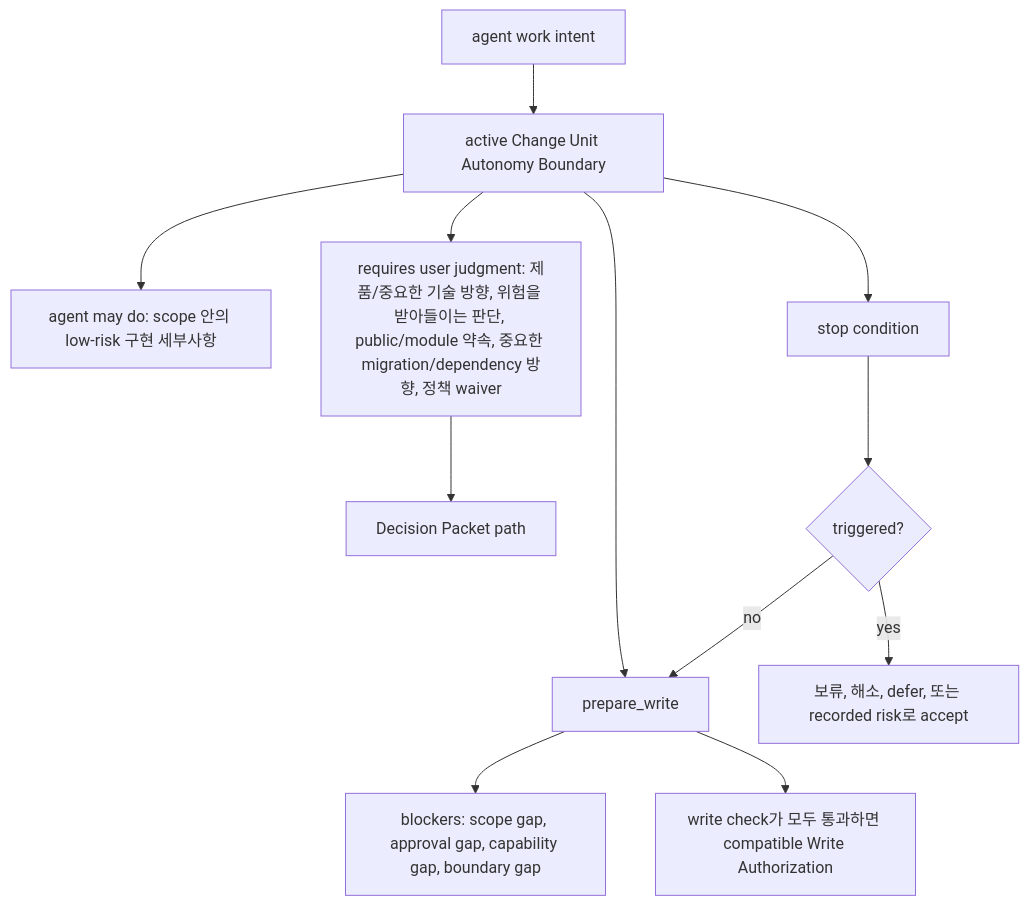
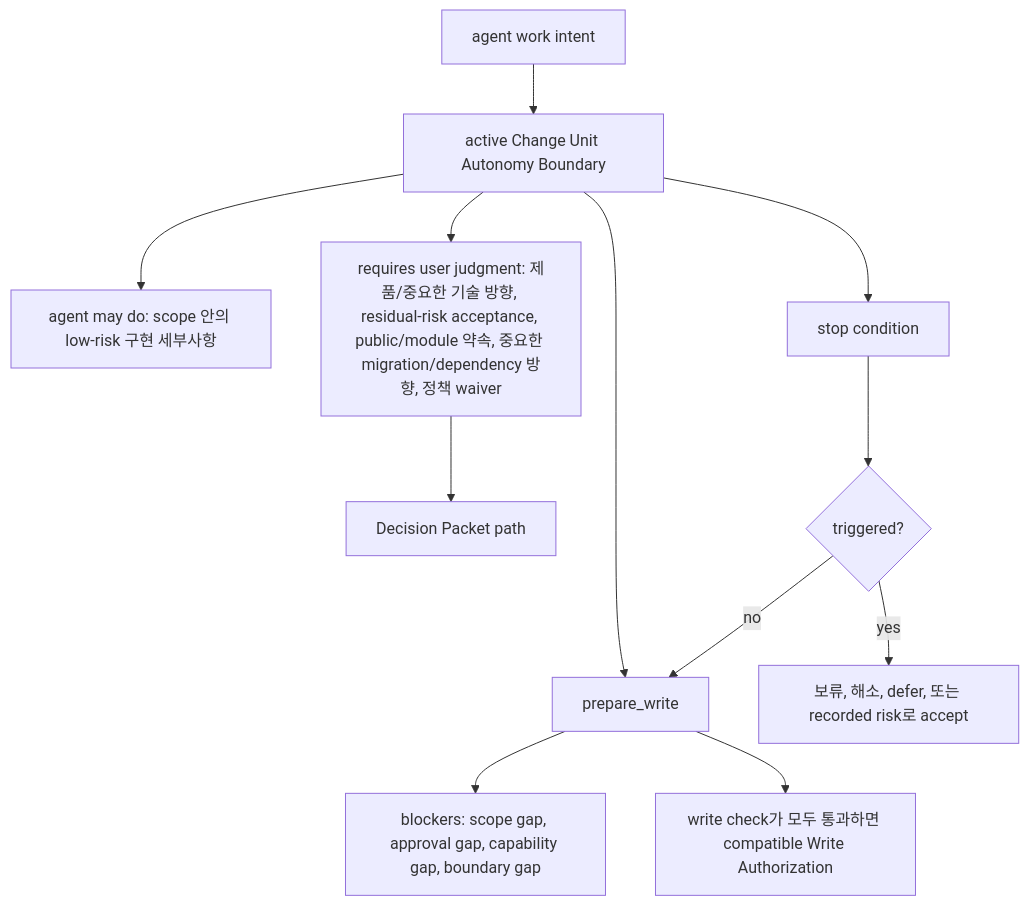
One commit to minjungw00/Volicord changed the first of 2 diagrams in docs/ko/reference/design-quality-policies.md. Above: the diagram before and after it, drawn with Mermaid. The commit also changed other lines of this file and 9 other files, not shown here.

````diff
--- a/docs/ko/reference/design-quality-policies.md
+++ b/docs/ko/reference/design-quality-policies.md
@@ -215,15 +217,15 @@
 ```mermaid
 flowchart TD
   Intent["agent work intent"] --> Boundary["active Change Unit Autonomy Boundary"]
   Boundary --> MayDo["agent may do: scope 안의 low-risk 구현 세부사항"]
-  Boundary --> UserJudgment["requires user judgment: 제품/중요한 기술 방향, 위험을 받아들이는 판단, public/module 약속, 중요한 migration/dependency 방향, 정책 waiver"]
+  Boundary --> UserJudgment["requires user judgment: 제품/중요한 기술 방향, residual-risk acceptance, public/module 약속, 중요한 migration/dependency 방향, 정책 waiver"]
   Boundary --> Stops["stop condition"]
   Boundary --> Prepare["prepare_write"]
 
   UserJudgment --> Packet["Decision Packet path"]
   Stops --> StopTriggered{"triggered?"}
   StopTriggered -- yes --> Hold["보류, 해소, defer, 또는 recorded risk로 accept"]
   StopTriggered -- no --> Prepare
   Prepare --> Blockers["blockers: scope gap, approval gap, capability gap, boundary gap"]
   Prepare --> WriteAuth["write check가 모두 통과하면 compatible Write Authorization"]
 ```
````
